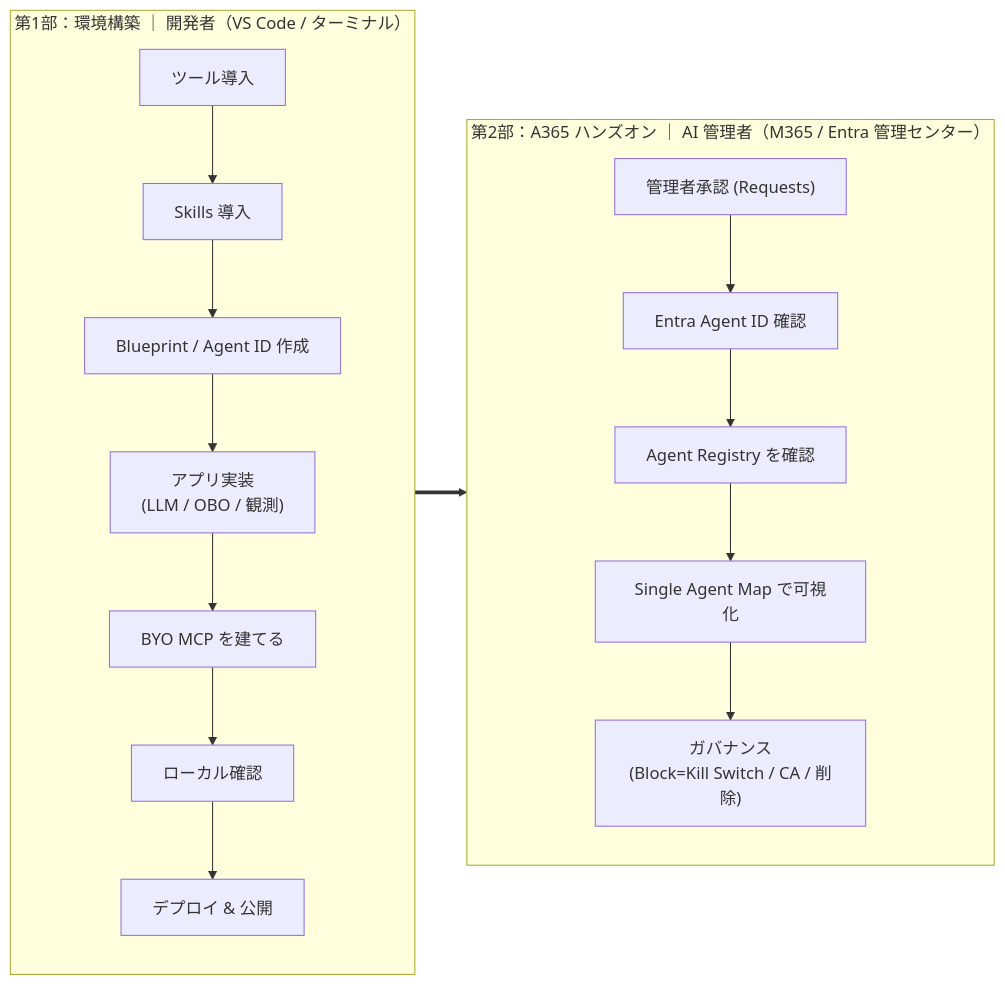
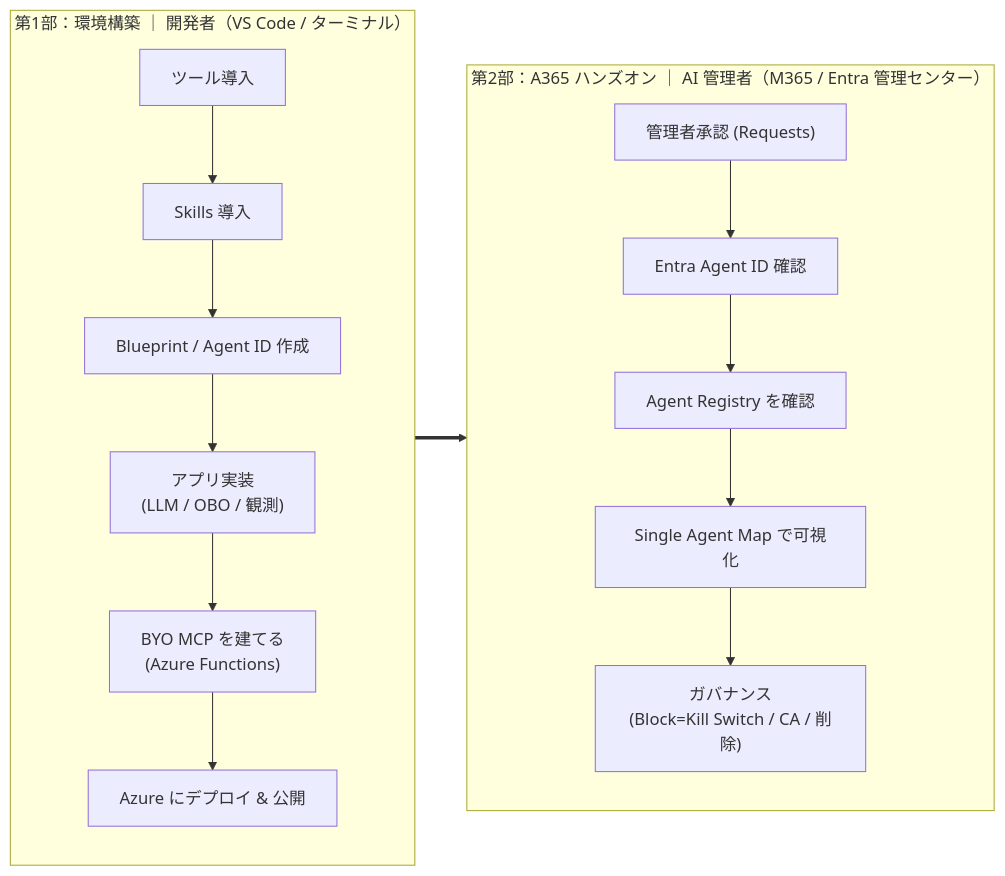
Before and after one commit to fatman3110/Agent365-Training: the diagram in README.MD, drawn with Mermaid. The commit also changed other lines of this file, not shown here.

Commit message:
docs: ローカル実行を削除しクラウド(App Service/Functions)運用に統一

````diff
--- a/README.MD
+++ b/README.MD
@@ -28,16 +28,16 @@
 ```mermaid
 flowchart LR
     subgraph P1["第1部：環境構築 ｜ 開発者（VS Code / ターミナル）"]
         direction TB
         A1["ツール導入"] --> A2["Skills 導入"] --> A3["Blueprint / Agent ID 作成"]
-        A3 --> A4["アプリ実装<br/>(LLM / OBO / 観測)"] --> A5["BYO MCP を建てる"]
-        A5 --> A6["ローカル確認"] --> A7["デプロイ & 公開"]
+        A3 --> A4["アプリ実装<br/>(LLM / OBO / 観測)"] --> A5["BYO MCP を建てる<br/>(Azure Functions)"]
+        A5 --> A6["Azure にデプロイ & 公開"]
     end
     subgraph P2["第2部：A365 ハンズオン ｜ AI 管理者（M365 / Entra 管理センター）"]
         direction TB
         B1["管理者承認 (Requests)"] --> B2["Entra Agent ID 確認"]
         B2 --> B3["Agent Registry を確認"] --> B4["Single Agent Map で可視化"]
         B4 --> B5["ガバナンス<br/>(Block=Kill Switch / CA / 削除)"]
     end
-    A7 ==> B1
+    A6 ==> B1
 ```
````
